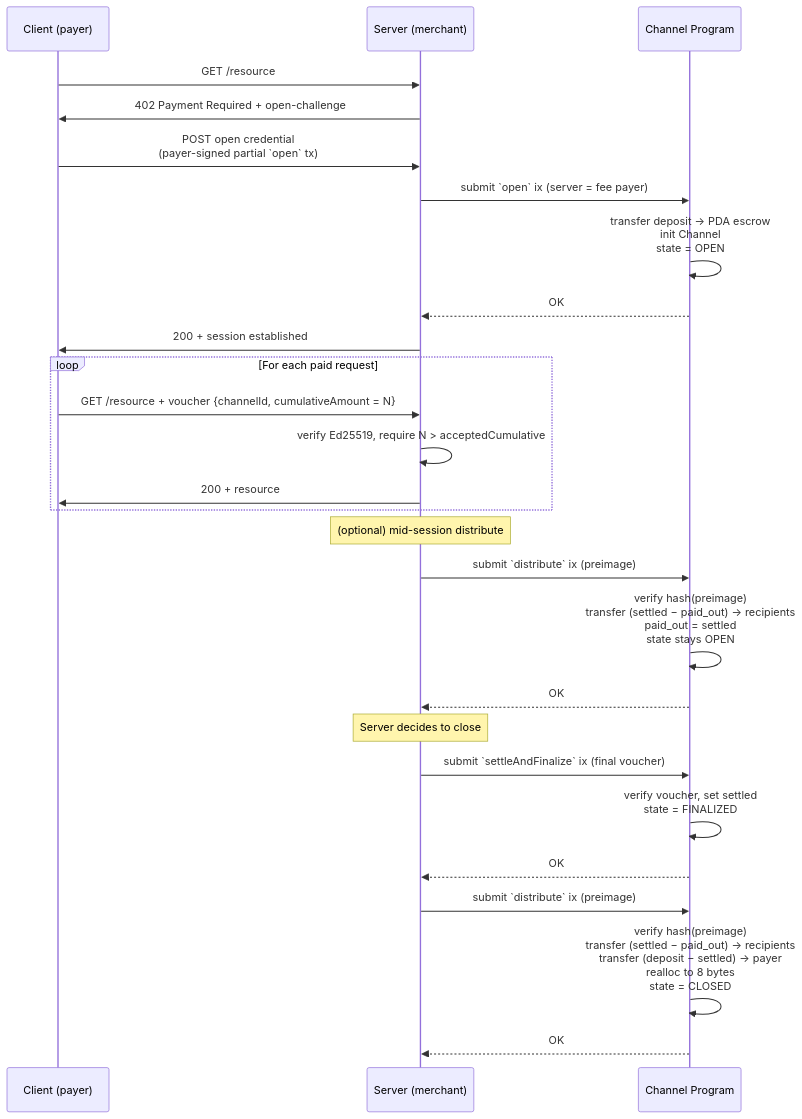
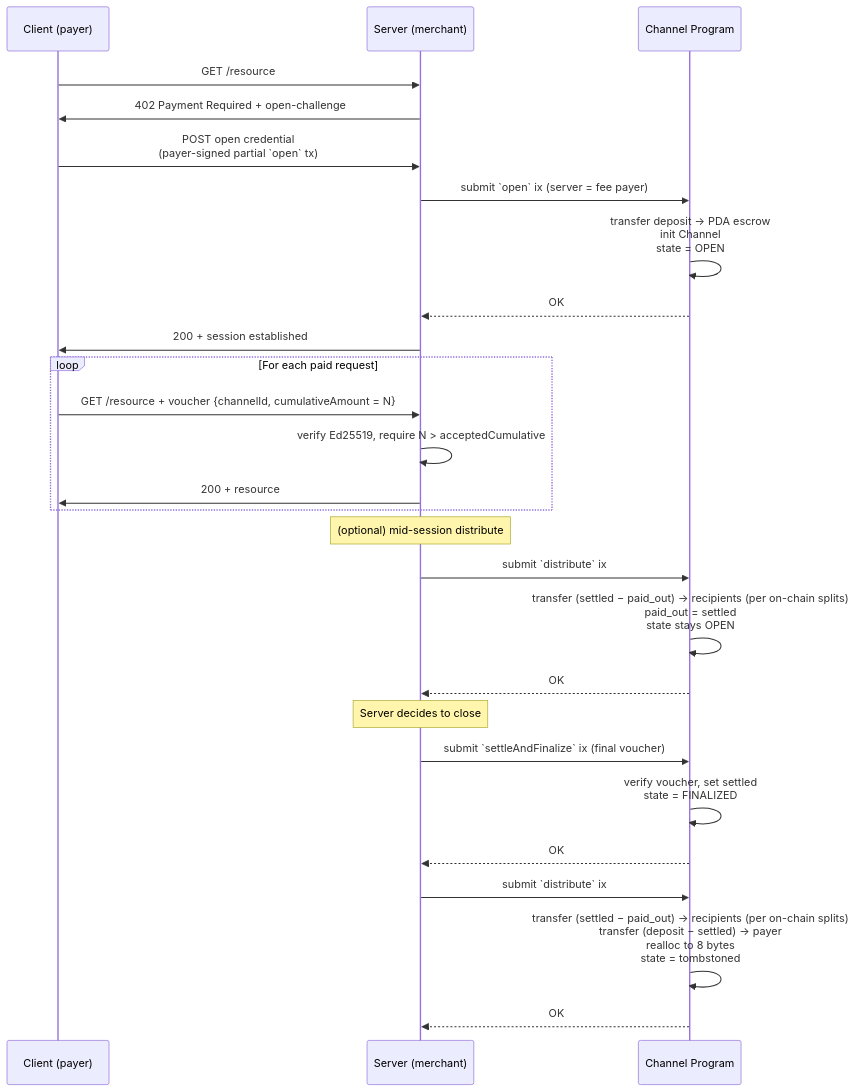
One commit to solana-foundation/payment-channels changed the first of 2 diagrams in docs/002-http-protocol.md. Above: the diagram before and after it, drawn with Mermaid. The commit also changed other lines of this file and 3 other files, not shown here.

````diff
--- a/docs/002-http-protocol.md
+++ b/docs/002-http-protocol.md
@@ -71,35 +107,35 @@
 ```mermaid
 sequenceDiagram
     participant C as Client (payer)
     participant S as Server (merchant)
     participant P as Channel Program
 
     C->>S: GET /resource
     S->>C: 402 Payment Required + open-challenge
 
     C->>S: POST open credential<br/>(payer-signed partial `open` tx)
     S->>P: submit `open` ix (server = fee payer)
     P->>P: transfer deposit → PDA escrow<br/>init Channel<br/>state = OPEN
     P-->>S: OK
     S->>C: 200 + session established
 
     loop For each paid request
         C->>S: GET /resource + voucher {channelId, cumulativeAmount = N}
         S->>S: verify Ed25519, require N > acceptedCumulative
         S->>C: 200 + resource
     end
 
     Note over S: (optional) mid-session distribute
-    S->>P: submit `distribute` ix (preimage)
-    P->>P: verify hash(preimage)<br/>transfer (settled − paid_out) → recipients<br/>paid_out = settled<br/>state stays OPEN
+    S->>P: submit `distribute` ix
+    P->>P: transfer (settled − paid_out) → recipients (per on-chain splits)<br/>paid_out = settled<br/>state stays OPEN
     P-->>S: OK
 
     Note over S: Server decides to close
     S->>P: submit `settleAndFinalize` ix (final voucher)
     P->>P: verify voucher, set settled<br/>state = FINALIZED
     P-->>S: OK
 
-    S->>P: submit `distribute` ix (preimage)
-    P->>P: verify hash(preimage)<br/>transfer (settled − paid_out) → recipients<br/>transfer (deposit − settled) → payer<br/>realloc to 8 bytes<br/>state = CLOSED
+    S->>P: submit `distribute` ix
+    P->>P: transfer (settled − paid_out) → recipients (per on-chain splits)<br/>transfer (deposit − settled) → payer<br/>realloc to 8 bytes<br/>state = tombstoned
     P-->>S: OK
 ```
````
